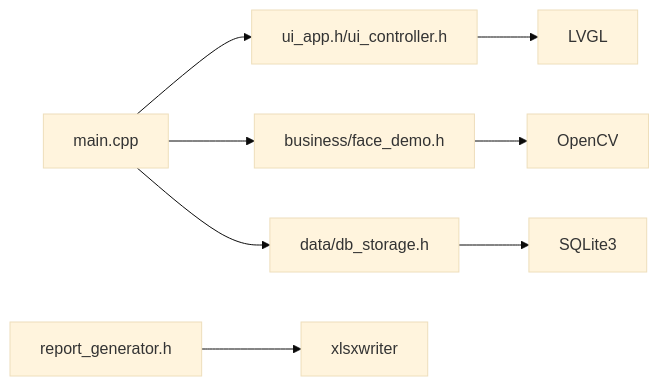
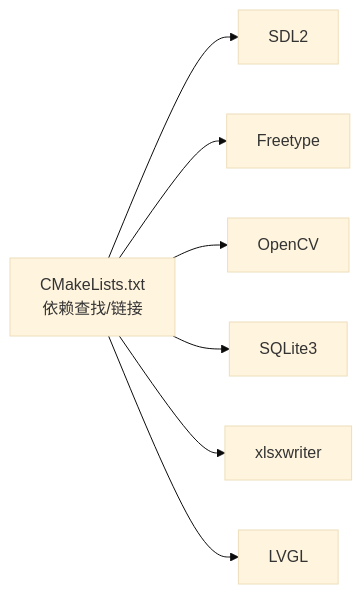
Before and after one commit to Drunk552/SmartAttendance: the seventh of 7 diagrams in .qoder/repowiki/zh/content/项目概述.md, drawn with Mermaid (base theme). The commit also changed other lines of this file and 119 other files, not shown here.

````diff
--- a/.qoder/repowiki/zh/content/项目概述.md
+++ b/.qoder/repowiki/zh/content/项目概述.md
@@ -355,10 +309,16 @@
 ```mermaid
 graph LR
-M["main.cpp"] --> UI["ui_app.h/ui_controller.h"]
-M --> BD["business/face_demo.h"]
-M --> DD["data/db_storage.h"]
-BD --> OC["OpenCV"]
-DD --> SQ["SQLite3"]
-UI --> LV["LVGL"]
-REP["report_generator.h"] --> XL["xlsxwriter"]
+CMake["CMakeLists.txt<br/>依赖查找/链接"]
+SDL2["SDL2"]
+Freetype["Freetype"]
+OpenCV["OpenCV"]
+SQLite["SQLite3"]
+XLSX["xlsxwriter"]
+LVGL["LVGL"]
+CMake --> SDL2
+CMake --> Freetype
+CMake --> OpenCV
+CMake --> SQLite
+CMake --> XLSX
+CMake --> LVGL
 ```
````
